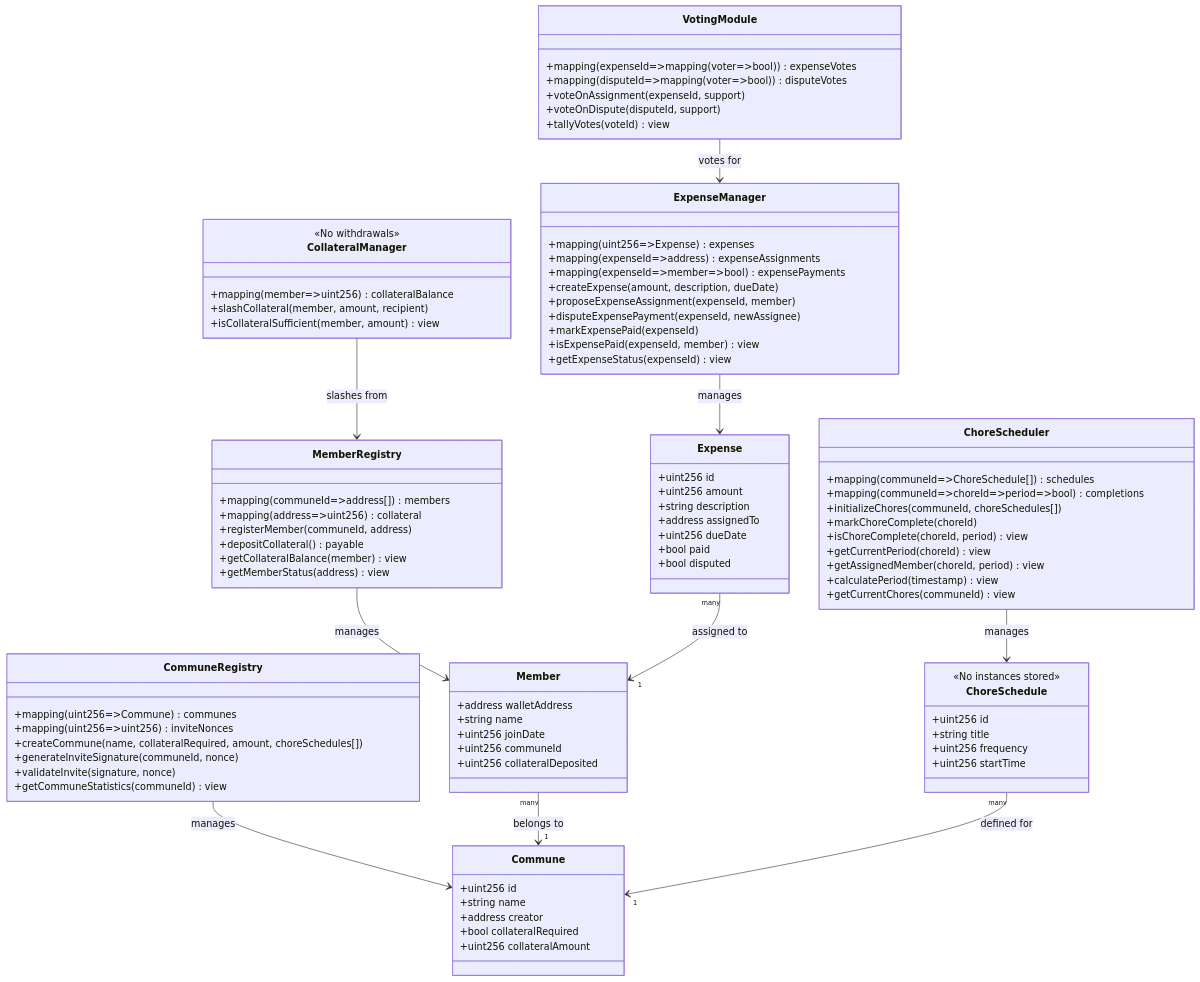
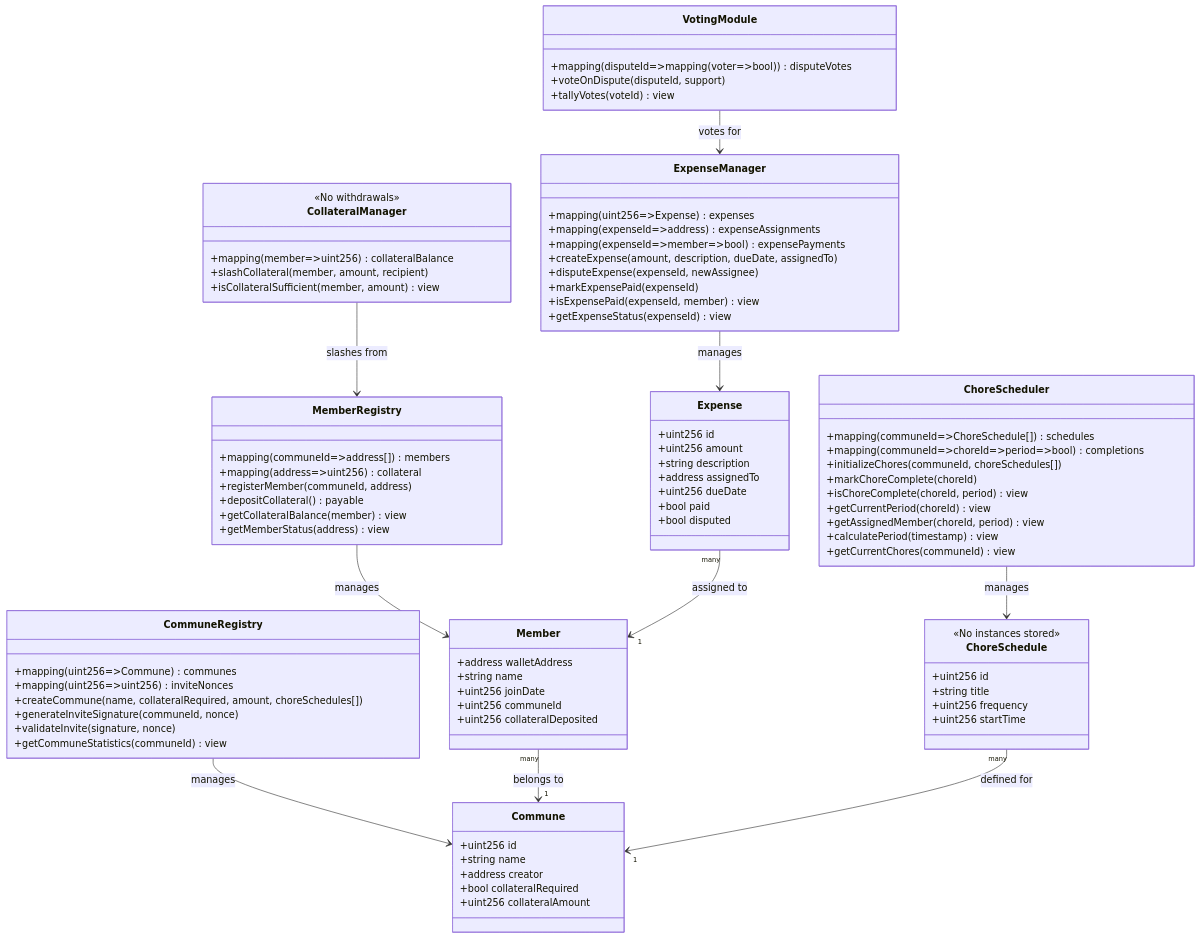
The first of 8 diagrams in technical-spec.md (communetxyz/commune-os), drawn with Mermaid before and after one commit. The commit also changed other lines of this file, not shown here.

First line of the commit message:
refactor: remove voting requirement for expense assignment

```diff
--- a/technical-spec.md
+++ b/technical-spec.md
@@ -169,18 +169,15 @@
         +mapping(uint256=>Expense) expenses
         +mapping(expenseId=>address) expenseAssignments
         +mapping(expenseId=>member=>bool) expensePayments
-        +createExpense(amount, description, dueDate)
-        +proposeExpenseAssignment(expenseId, member)
-        +disputeExpensePayment(expenseId, newAssignee)
+        +createExpense(amount, description, dueDate, assignedTo)
+        +disputeExpense(expenseId, newAssignee)
         +markExpensePaid(expenseId)
         +isExpensePaid(expenseId, member) view
         +getExpenseStatus(expenseId) view
     }
     
     class VotingModule {
-        +mapping(expenseId=>mapping(voter=>bool)) expenseVotes
         +mapping(disputeId=>mapping(voter=>bool)) disputeVotes
-        +voteOnAssignment(expenseId, support)
         +voteOnDispute(disputeId, support)
         +tallyVotes(voteId) view
     }
```
